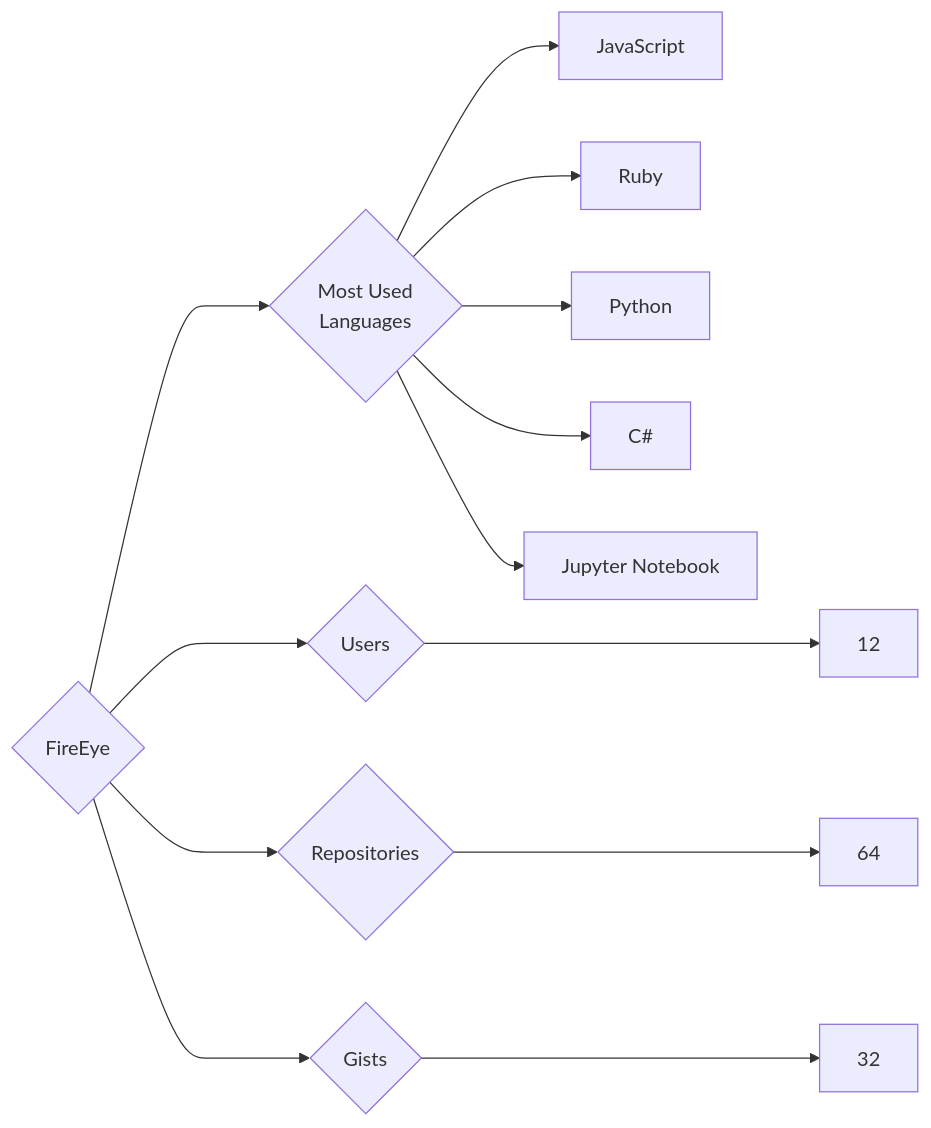
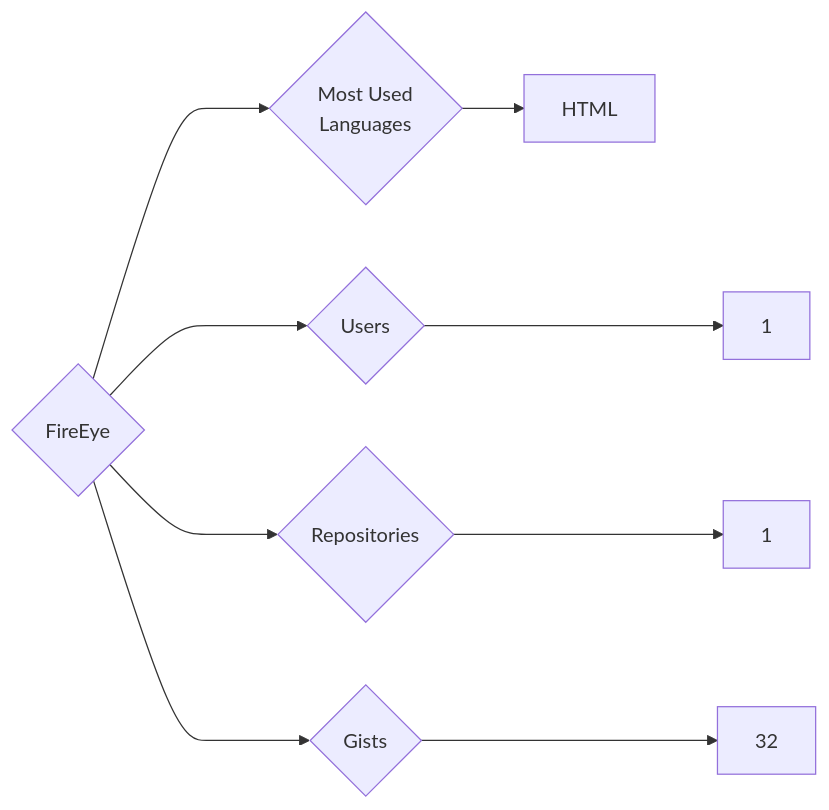
Before and after one commit to trickest/insiders: the diagram in targets/FireEye/README.md, drawn with Mermaid. The commit also changed 924 other files, not shown here.

````diff
--- a/targets/FireEye/README.md
+++ b/targets/FireEye/README.md
@@ -3,13 +3,9 @@
 ```mermaid
 graph LR
 COMPANY_NAME{FireEye}
-COMPANY_NAME ---> U{Users} ---> UN[12]
-COMPANY_NAME ---> R{Repositories} ---> RN[64]
+COMPANY_NAME ---> U{Users} ---> UN[1]
+COMPANY_NAME ---> R{Repositories} ---> RN[1]
 COMPANY_NAME ---> G{Gists} ---> GN[32]
 COMPANY_NAME ---> ML{Most Used<br>Languages}
-ML --> JavaScript[JavaScript]
-ML --> Ruby[Ruby]
-ML --> Python[Python]
-ML --> C#[C#]
-ML --> Jupyter_Notebook[Jupyter Notebook]
+ML --> HTML[HTML]
 ```
````
